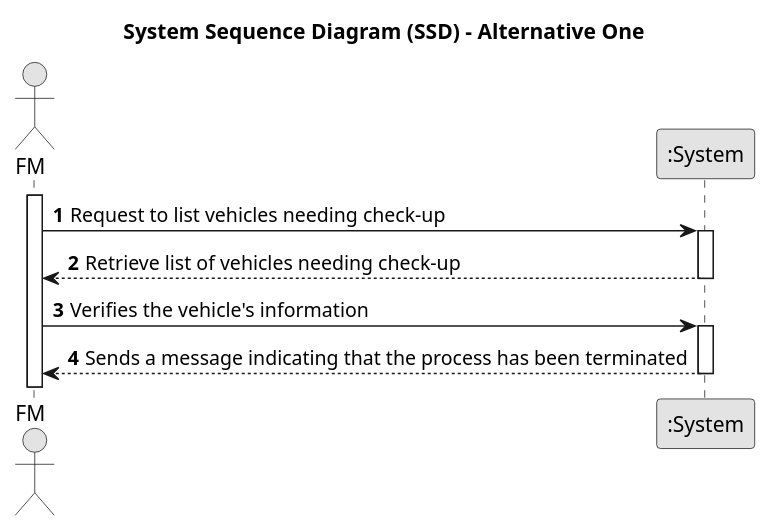
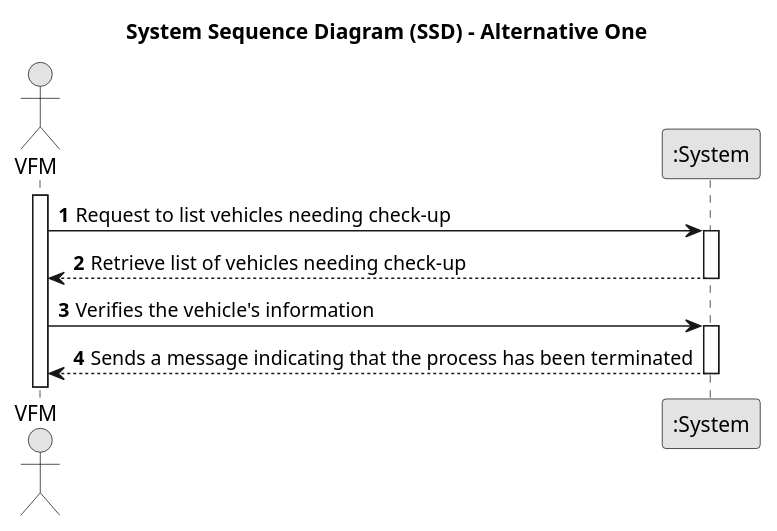
One commit to Departamento-de-Engenharia-Informatica/lei-24-s2-1df-1de-g063 changed the diagram in docs/sprintA/us008/01.requirements-engineering/puml/us008-system-sequence-diagram-alternative-one.puml. Above: the diagram before and after it, drawn with PlantUML. The commit also changed 18 other files, not shown here.

```diff
--- a/docs/sprintA/us008/01.requirements-engineering/puml/us008-system-sequence-diagram-alternative-one.puml
+++ b/docs/sprintA/us008/01.requirements-engineering/puml/us008-system-sequence-diagram-alternative-one.puml
@@ -1,26 +1,26 @@
 @startuml
 skinparam monochrome true
 skinparam packageStyle rectangle
 skinparam shadowing false
 
 title System Sequence Diagram (SSD) - Alternative One
 
 autonumber
 
-actor "FM" as Employee
+actor "VFM" as Employee
 participant ":System" as System
 
 activate Employee
 
     Employee -> System : Request to list vehicles needing check-up
     activate System
 
         System --> Employee : Retrieve list of vehicles needing check-up
     deactivate System
 
     Employee -> System : Verifies the vehicle's information
     activate System
 
         System --> Employee : Sends a message indicating that the process has been terminated
     deactivate System
 @enduml
```
